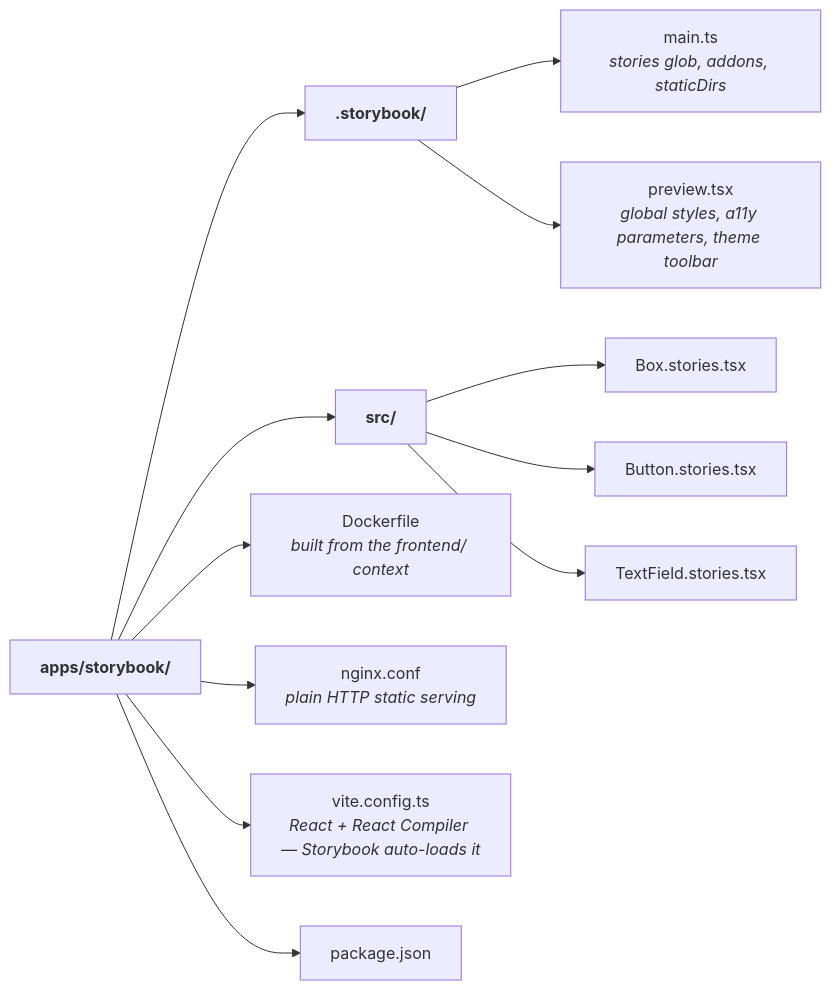
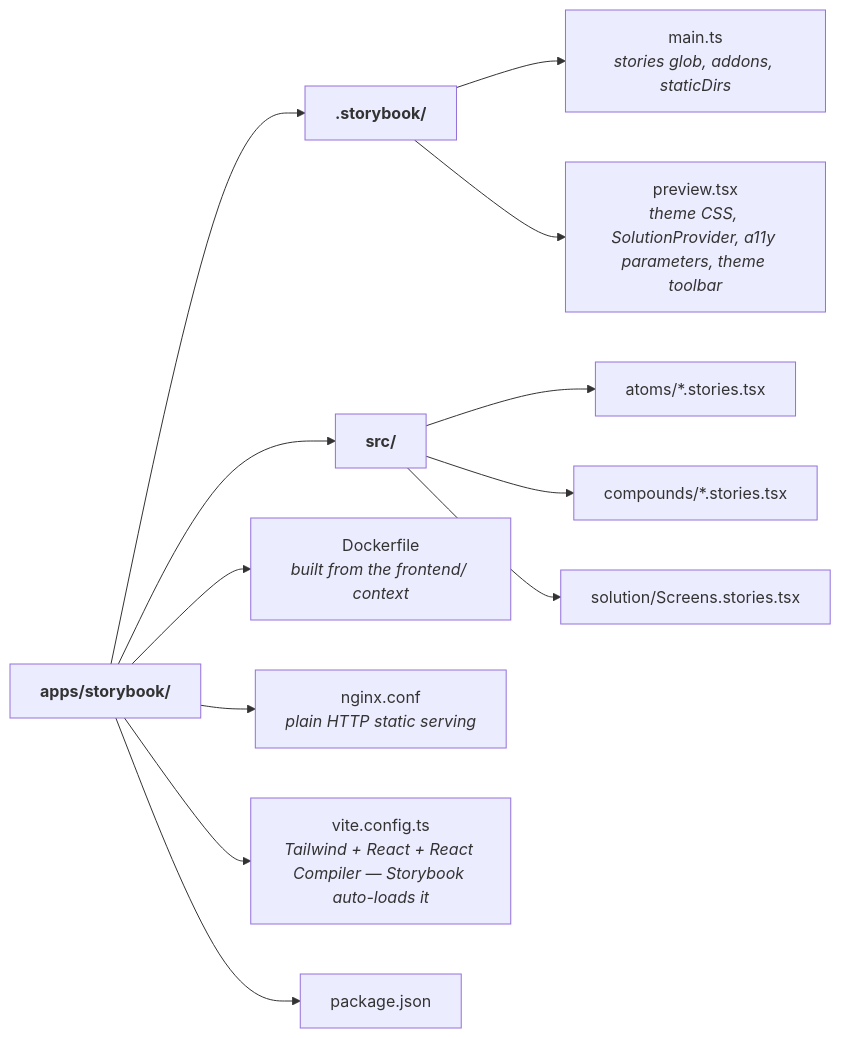
One commit to felipedferreira/Cinedex changed the diagram in frontend/apps/storybook/README.md. Above: the diagram before and after it, drawn with Mermaid. The commit also changed other lines of this file and 200 other files, not shown here.

Commit message:
refactor(frontend): split @cinedex/components into theme + atoms + compounds + solution (#58)

````diff
--- a/frontend/apps/storybook/README.md
+++ b/frontend/apps/storybook/README.md
@@ -17,18 +17,18 @@
 ```mermaid
 flowchart LR
     SB["<b>apps/storybook/</b>"]
 
     SB --> CONF["<b>.storybook/</b>"]
     SB --> SRC["<b>src/</b>"]
     SB --> DOCKER["Dockerfile<br/><i>built from the frontend/ context</i>"]
     SB --> NGINX["nginx.conf<br/><i>plain HTTP static serving</i>"]
-    SB --> VITE["vite.config.ts<br/><i>React + React Compiler — Storybook auto-loads it</i>"]
+    SB --> VITE["vite.config.ts<br/><i>Tailwind + React + React Compiler — Storybook auto-loads it</i>"]
     SB --> PKG["package.json"]
 
     CONF --> C1["main.ts<br/><i>stories glob, addons, staticDirs</i>"]
-    CONF --> C2["preview.tsx<br/><i>global styles, a11y parameters, theme toolbar</i>"]
+    CONF --> C2["preview.tsx<br/><i>theme CSS, SolutionProvider, a11y parameters, theme toolbar</i>"]
 
-    SRC --> S1["Box.stories.tsx"]
-    SRC --> S2["Button.stories.tsx"]
-    SRC --> S3["TextField.stories.tsx"]
+    SRC --> S1["atoms/*.stories.tsx"]
+    SRC --> S2["compounds/*.stories.tsx"]
+    SRC --> S3["solution/Screens.stories.tsx"]
 ```
````
